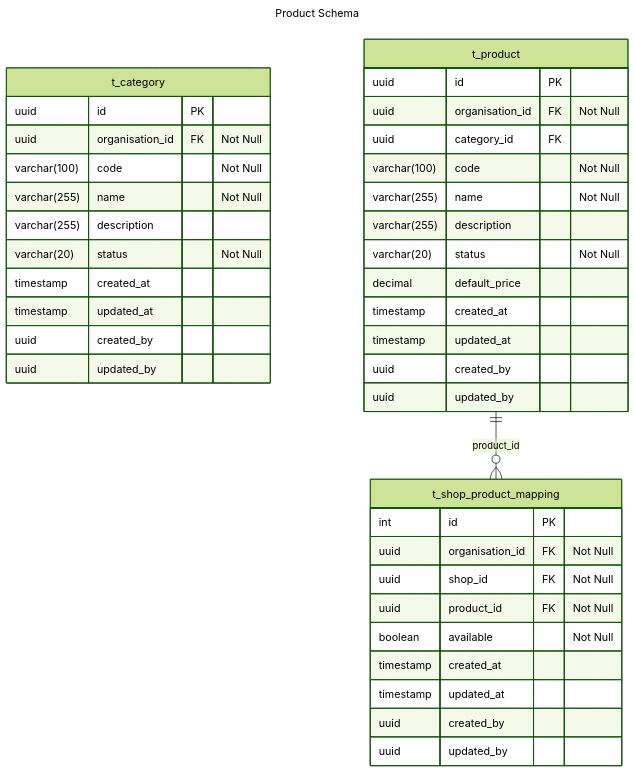
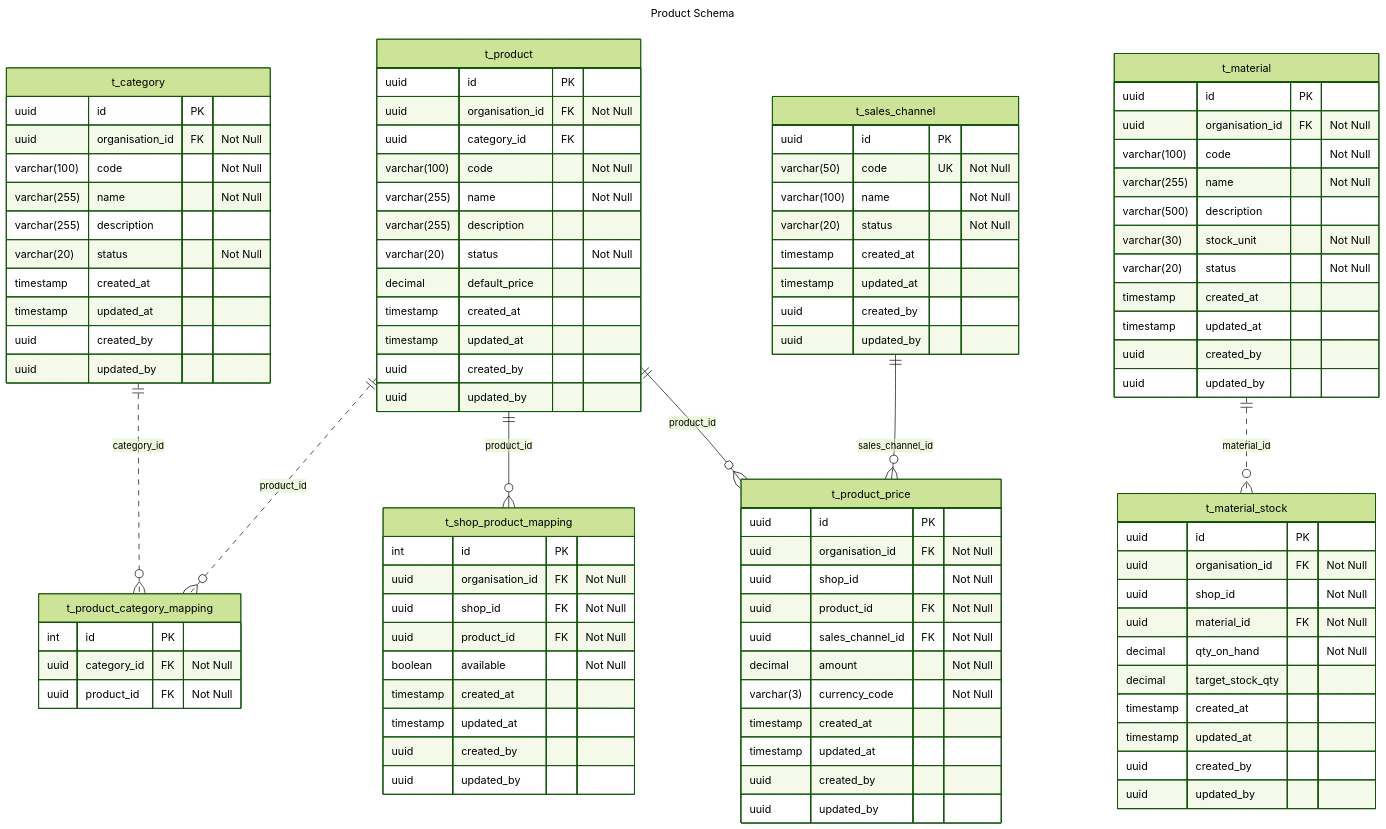
One commit to va4815/stockflow-docs changed the diagram in database/modules/product-erd.md. Above: the diagram before and after it, drawn with Mermaid (forest theme).

Commit message:
docs: update product schema

````diff
--- a/database/modules/product-erd.md
+++ b/database/modules/product-erd.md
@@ -34,7 +34,6 @@
 
         decimal default_price
 
-
         timestamp created_at
         timestamp updated_at
         uuid created_by
@@ -57,4 +56,79 @@
     }
     t_product ||--o{ t_shop_product_mapping : product_id
 
+    t_product_price {
+        uuid id PK
+        uuid organisation_id FK "Not Null"
+        uuid shop_id "Not Null"
+        
+        uuid product_id FK "Not Null"
+        uuid sales_channel_id FK "Not Null"
+
+        decimal amount "Not Null"
+        varchar(3) currency_code "Not Null"
+
+        timestamp created_at
+        timestamp updated_at
+        uuid created_by
+        uuid updated_by
+    }
+    t_product ||--o{ t_product_price : product_id
+
+    t_sales_channel {
+        uuid id PK
+
+        varchar(50) code UK "Not Null"
+        varchar(100) name "Not Null"
+        varchar(20) status "Not Null"
+
+        timestamp created_at
+        timestamp updated_at
+        uuid created_by
+        uuid updated_by
+    }
+    t_sales_channel ||--o{ t_product_price : sales_channel_id
+
+    t_product_category_mapping {
+        int id PK
+        uuid category_id FK "Not Null"
+        uuid product_id FK "Not Null"
+    }
+
+    t_category ||..o{ t_product_category_mapping : category_id
+    t_product ||..o{ t_product_category_mapping : product_id
+
+    t_material {
+        uuid id PK
+        uuid organisation_id FK "Not Null"
+
+        varchar(100) code "Not Null"
+        varchar(255) name "Not Null"
+        varchar(500) description
+
+        varchar(30) stock_unit "Not Null"
+        varchar(20) status "Not Null"
+
+        timestamp created_at
+        timestamp updated_at
+        uuid created_by
+        uuid updated_by        
+    }
+
+    t_material_stock {
+        uuid id PK
+
+        uuid organisation_id FK "Not Null"
+        uuid shop_id "Not Null"
+
+        uuid material_id FK "Not Null"
+
+        decimal qty_on_hand "Not Null"
+        decimal target_stock_qty
+
+        timestamp created_at
+        timestamp updated_at
+        uuid created_by
+        uuid updated_by        
+    }
+    t_material ||..o{ t_material_stock : material_id
 ```
````
